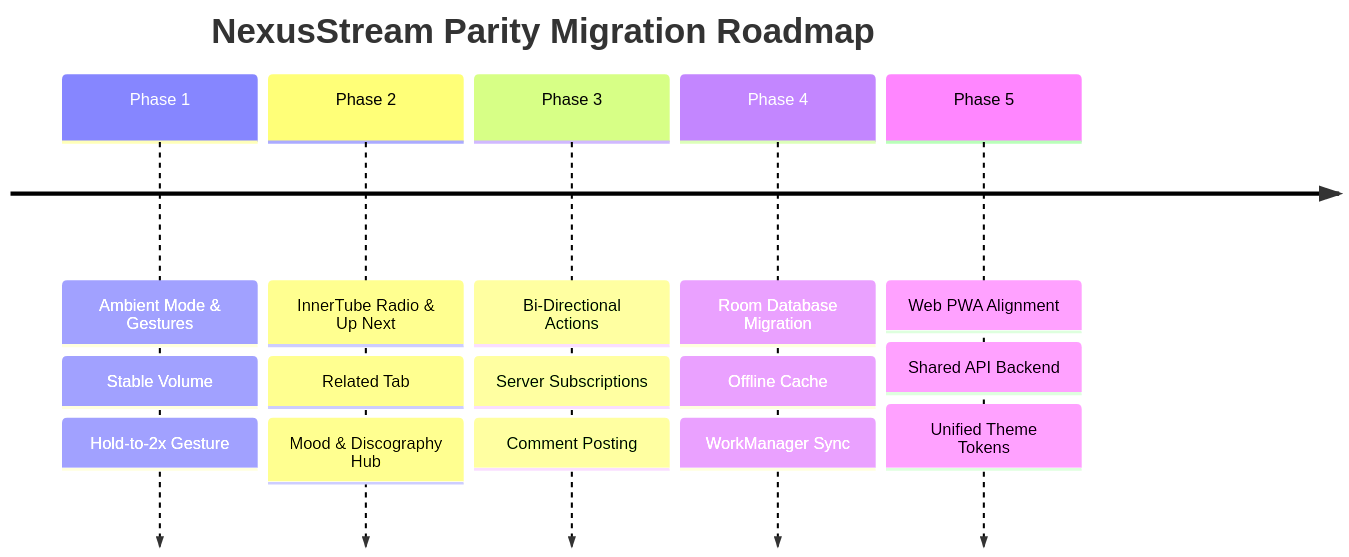
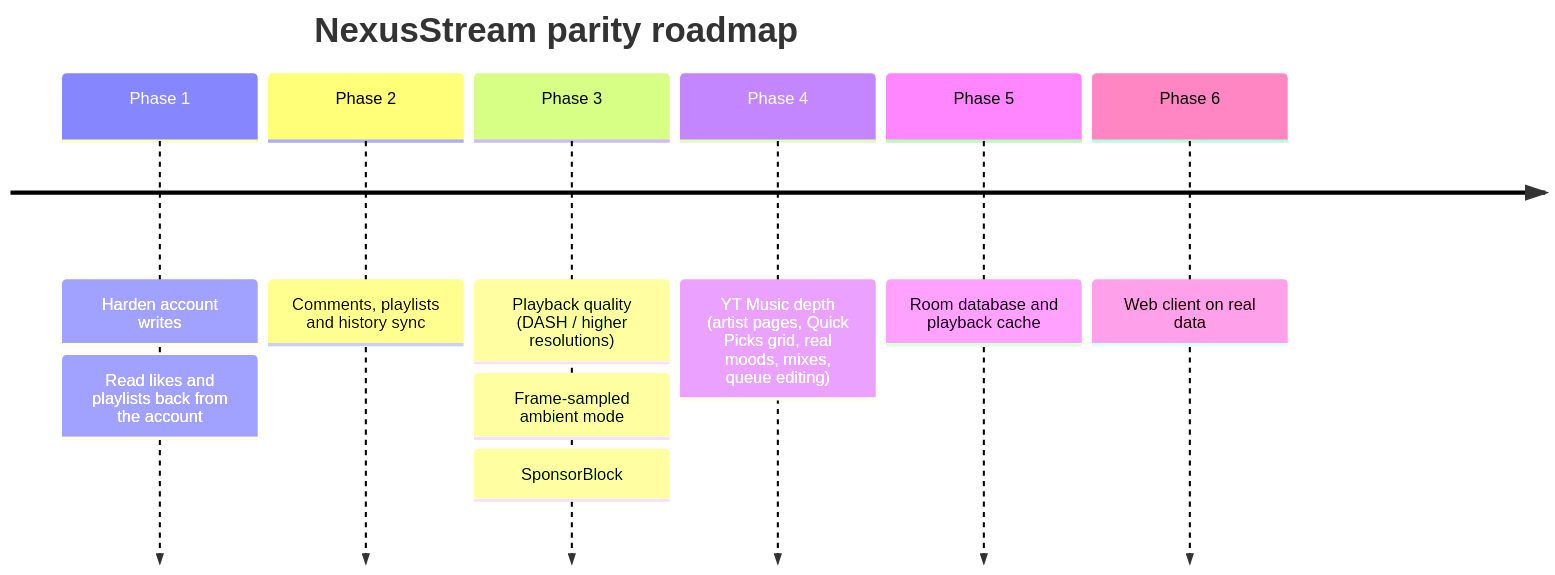
One commit to dhawan9898/yt-mini changed the second of 2 diagrams in YOUTUBE_PARITY_REVIEW_AND_MIGRATION_ROADMAP.md. Above: the diagram before and after it, drawn with Mermaid. The commit also changed other lines of this file, not shown here.

First line of the commit message:
Refresh parity roadmap to match current code

````diff
--- a/YOUTUBE_PARITY_REVIEW_AND_MIGRATION_ROADMAP.md
+++ b/YOUTUBE_PARITY_REVIEW_AND_MIGRATION_ROADMAP.md
@@ -141,9 +138,10 @@
 ```mermaid
 timeline
-    title NexusStream Parity Migration Roadmap
-    Phase 1 : Ambient Mode & Gestures : Stable Volume : Hold-to-2x Gesture
-    Phase 2 : InnerTube Radio & Up Next : Related Tab : Mood & Discography Hub
-    Phase 3 : Bi-Directional Actions : Server Subscriptions : Comment Posting
-    Phase 4 : Room Database Migration : Offline Cache : WorkManager Sync
-    Phase 5 : Web PWA Alignment : Shared API Backend : Unified Theme Tokens
+    title NexusStream parity roadmap
+    Phase 1 : Harden account writes : Read likes and playlists back from the account
+    Phase 2 : Comments, playlists and history sync
+    Phase 3 : Playback quality (DASH / higher resolutions) : Frame-sampled ambient mode : SponsorBlock
+    Phase 4 : YT Music depth (artist pages, Quick Picks grid, real moods, mixes, queue editing)
+    Phase 5 : Room database and playback cache
+    Phase 6 : Web client on real data
 ```
````
